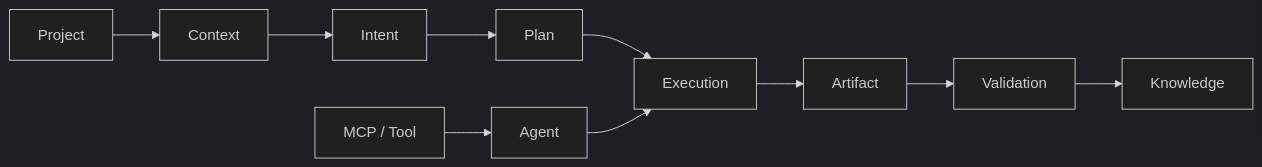
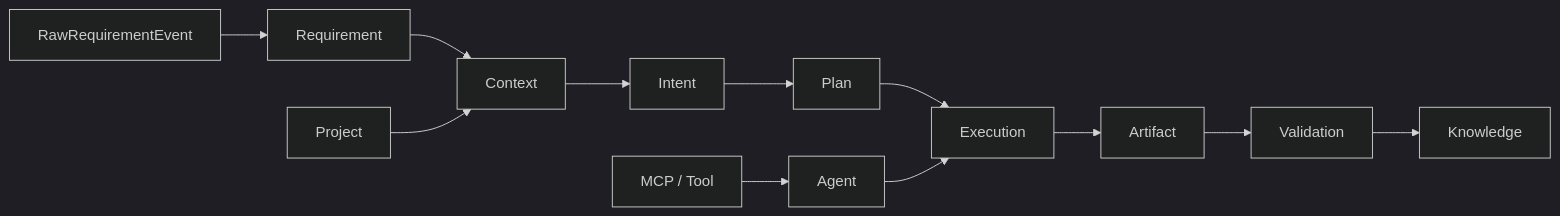
The diagram in README.md (arodriguez-novusintelligence/NovusAIDevelopmentFramework), drawn with Mermaid (dark theme) before and after one commit. The commit also changed other lines of this file and 261 other files, not shown here.

````diff
--- a/README.md
+++ b/README.md
@@ -57,12 +83,14 @@
 ```mermaid
 flowchart LR
-    CTX["Context"] --> INT["Intent"]
+    RAW["RawRequirementEvent"] --> REQ["Requirement"]
+    REQ --> CTX["Context"]
+    CTX --> INT["Intent"]
     INT --> PLN["Plan"]
     PLN --> EXE["Execution"]
     EXE --> ART["Artifact"]
     ART --> VAL["Validation"]
     VAL --> KNO["Knowledge"]
     AGT["Agent"] --> EXE
     MCP["MCP / Tool"] --> AGT
     PRJ["Project"] --> CTX
 ```
````
